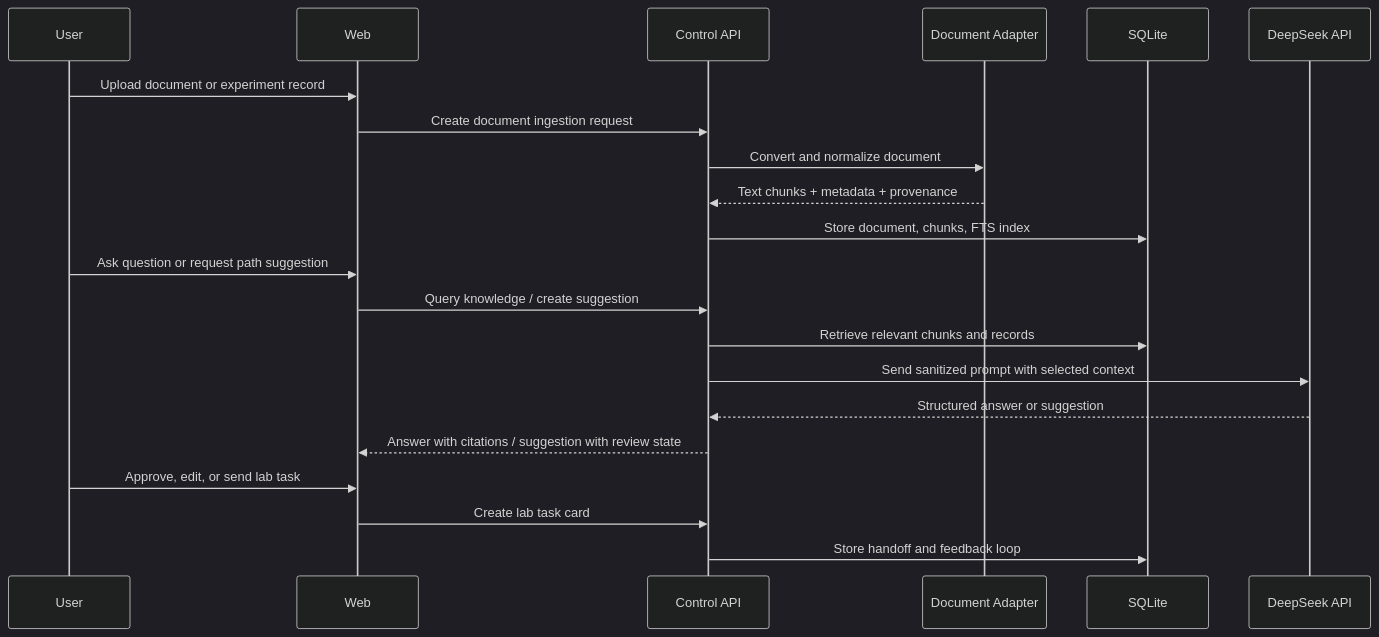
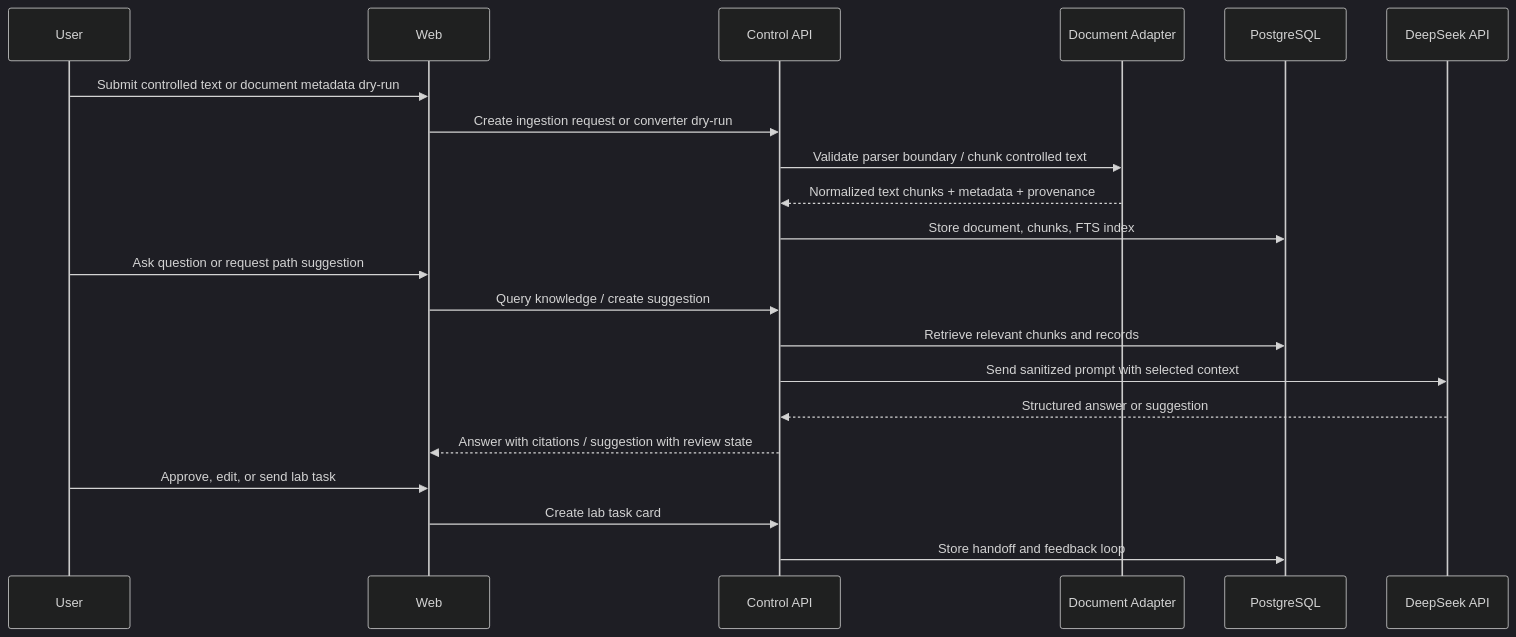
One commit to White-147/SyLabAI changed the second of 2 diagrams in docs/architecture.md. Above: the diagram before and after it, drawn with Mermaid (dark theme). The commit also changed other lines of this file and 63 other files, not shown here.

Commit message:
Migrate project database from PostgreSQL to SQL Server

````diff
--- a/docs/architecture.md
+++ b/docs/architecture.md
@@ -90,24 +105,24 @@
 ```mermaid
 sequenceDiagram
     participant U as User
     participant W as Web
     participant A as Control API
     participant D as Document Adapter
-    participant DB as SQLite
+    participant DB as PostgreSQL
     participant M as DeepSeek API
 
-    U->>W: Upload document or experiment record
-    W->>A: Create document ingestion request
-    A->>D: Convert and normalize document
-    D-->>A: Text chunks + metadata + provenance
+    U->>W: Submit controlled text or document metadata dry-run
+    W->>A: Create ingestion request or converter dry-run
+    A->>D: Validate parser boundary / chunk controlled text
+    D-->>A: Normalized text chunks + metadata + provenance
     A->>DB: Store document, chunks, FTS index
     U->>W: Ask question or request path suggestion
     W->>A: Query knowledge / create suggestion
     A->>DB: Retrieve relevant chunks and records
     A->>M: Send sanitized prompt with selected context
     M-->>A: Structured answer or suggestion
     A-->>W: Answer with citations / suggestion with review state
     U->>W: Approve, edit, or send lab task
     W->>A: Create lab task card
     A->>DB: Store handoff and feedback loop
 ```
````
